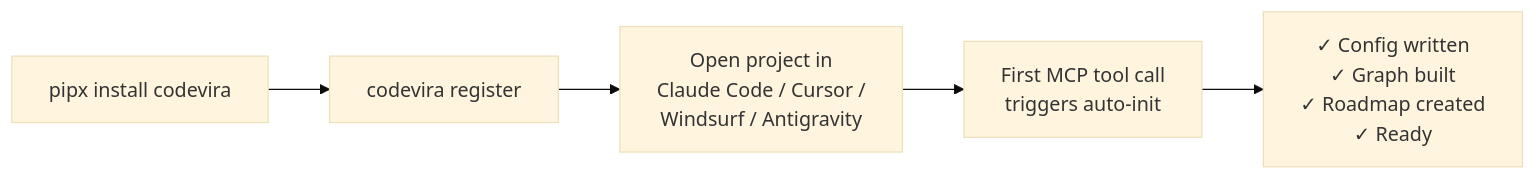
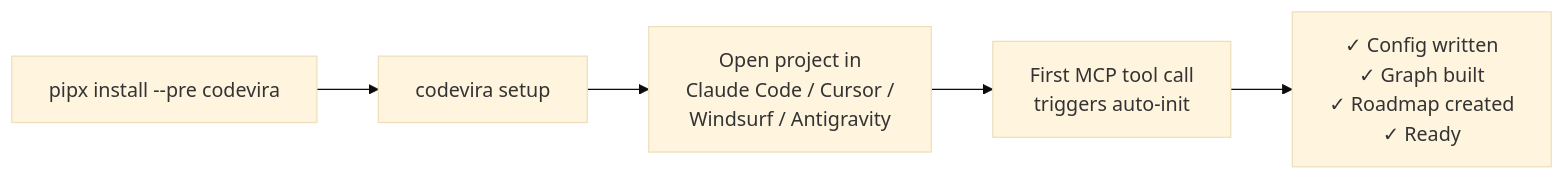
Before and after one commit to sachinshelke/codevira: the first of 3 diagrams in README.md, drawn with Mermaid (base theme). The commit also changed other lines of this file, not shown here.

````diff
--- a/README.md
+++ b/README.md
@@ -360,8 +418,8 @@
 ```mermaid
 flowchart LR
 
-A["pipx install codevira"] --> B["codevira register"]
+A["pipx install --pre codevira"] --> B["codevira setup"]
 B --> C["Open project in\nClaude Code / Cursor /\nWindsurf / Antigravity"]
 C --> D["First MCP tool call\ntriggers auto-init"]
 D --> E["✓ Config written\n✓ Graph built\n✓ Roadmap created\n✓ Ready"]
 ```
````
